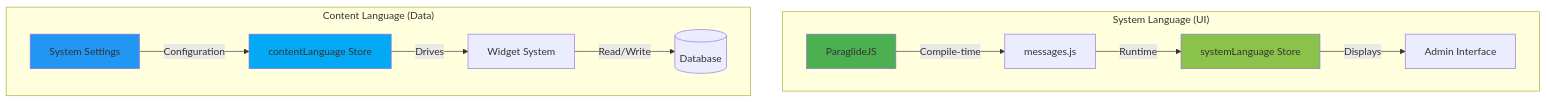
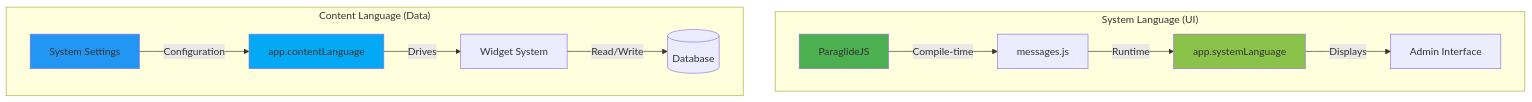
Before and after one commit to SveltyCMS/SveltyCMS: the first of 3 diagrams in docs/architecture/language-architecture.mdx, drawn with Mermaid. The commit also changed other lines of this file and 193 other files, not shown here.

````diff
--- a/docs/architecture/language-architecture.mdx
+++ b/docs/architecture/language-architecture.mdx
@@ -28,29 +28,29 @@
 ```mermaid
 graph TB
     subgraph "System Language (UI)"
         ParaglideJS[ParaglideJS]
         UIMessages[messages.js]
-        SystemLang[systemLanguage Store]
+        SystemLang[app.systemLanguage]
         AdminInterface[Admin Interface]
     end
 
     subgraph "Content Language (Data)"
         DynamicSettings[System Settings]
-        ContentLang[contentLanguage Store]
+        ContentLang[app.contentLanguage]
         WidgetSystem[Widget System]
         Database[(Database)]
     end
 
     ParaglideJS -->|Compile-time| UIMessages
     UIMessages -->|Runtime| SystemLang
     SystemLang -->|Displays| AdminInterface
 
     DynamicSettings -->|Configuration| ContentLang
     ContentLang -->|Drives| WidgetSystem
     WidgetSystem -->|Read/Write| Database
 
     style ParaglideJS fill:#4CAF50
     style DynamicSettings fill:#2196F3
     style SystemLang fill:#8BC34A
     style ContentLang fill:#03A9F4
 ```
````
